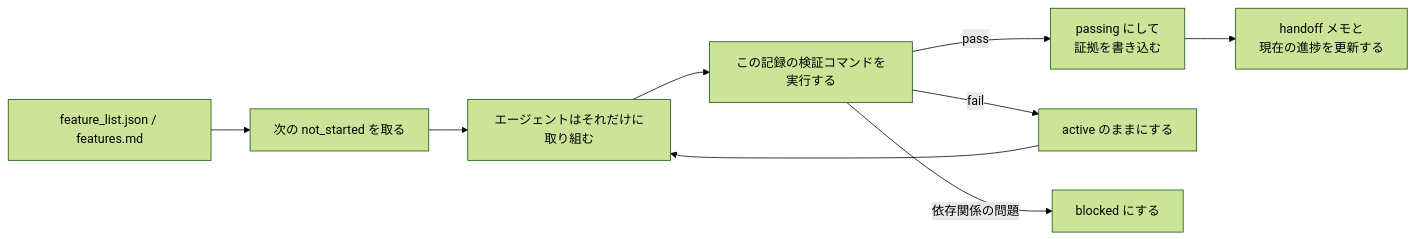
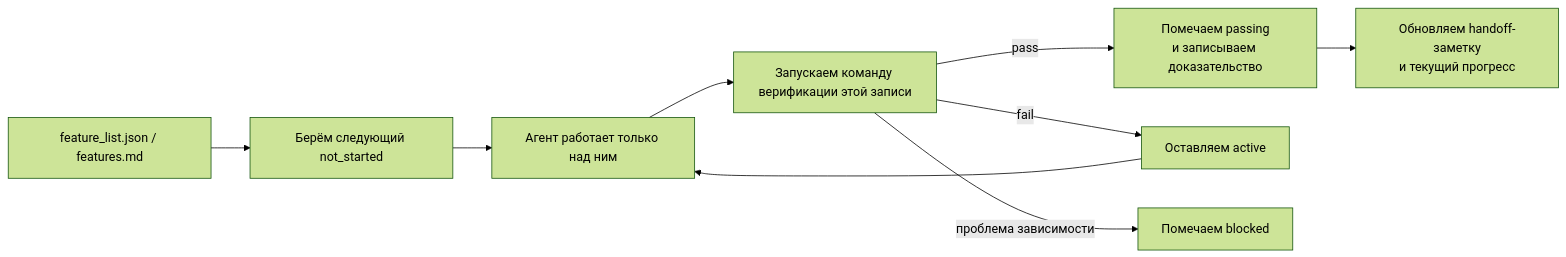
One commit to mkusaka/learn-harness-engineering changed the second of 2 diagrams in docs/ru/lectures/lecture-08-why-feature-lists-are-harness-primitives/index.md. Above: the diagram before and after it, drawn with Mermaid (forest theme). The commit also changed other lines of this file and 684 other files, not shown here.

````diff
--- a/docs/ru/lectures/lecture-08-why-feature-lists-are-harness-primitives/index.md
+++ b/docs/ru/lectures/lecture-08-why-feature-lists-are-harness-primitives/index.md
@@ -40,11 +40,11 @@
 ```mermaid
 flowchart LR
-    List["feature_list.json / features.md"] --> Scheduler["次の not_started を取る"]
-    Scheduler --> Agent["エージェントはそれだけに取り組む"]
-    Agent --> Verifier["この記録の検証コマンドを実行する"]
-    Verifier -->|pass| Passing["passing にして<br/>証拠を書き込む"]
-    Verifier -->|fail| Active["active のままにする"]
-    Verifier -->|依存関係の問題| Blocked["blocked にする"]
-    Passing --> Handoff["handoff メモと<br/>現在の進捗を更新する"]
+    List["feature_list.json / features.md"] --> Scheduler["Берём следующий not_started"]
+    Scheduler --> Agent["Агент работает только над ним"]
+    Agent --> Verifier["Запускаем команду верификации этой записи"]
+    Verifier -->|pass| Passing["Помечаем passing<br/>и записываем доказательство"]
+    Verifier -->|fail| Active["Оставляем active"]
+    Verifier -->|проблема зависимости| Blocked["Помечаем blocked"]
+    Passing --> Handoff["Обновляем handoff-заметку<br/>и текущий прогресс"]
     Active --> Agent
 ```
````
